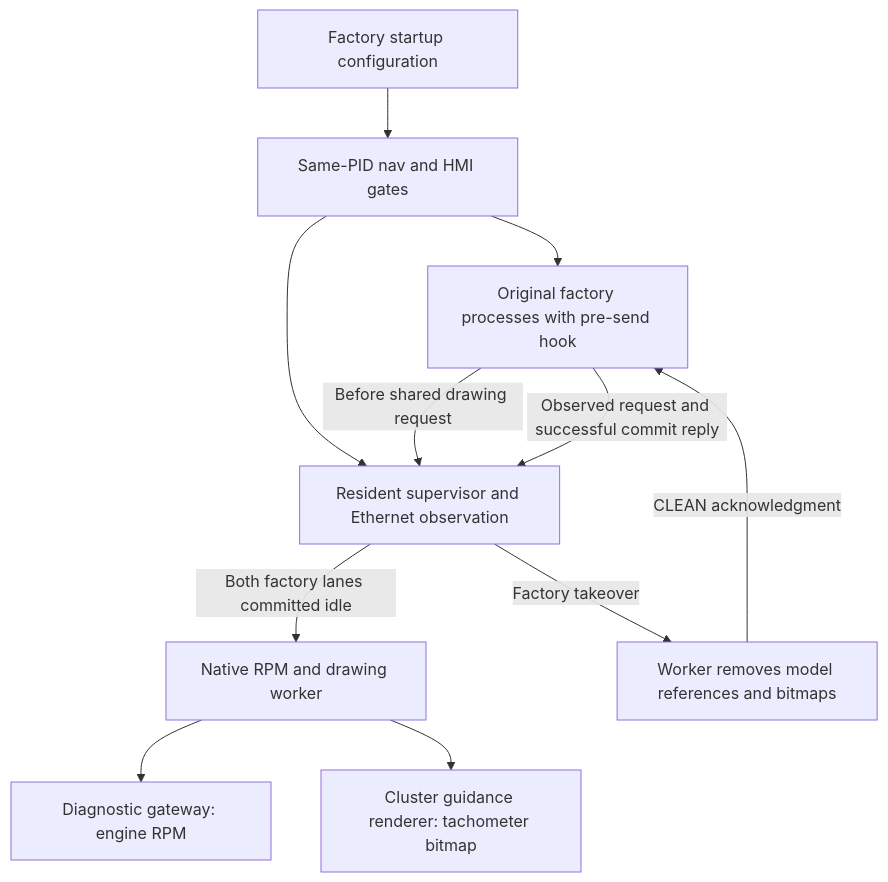
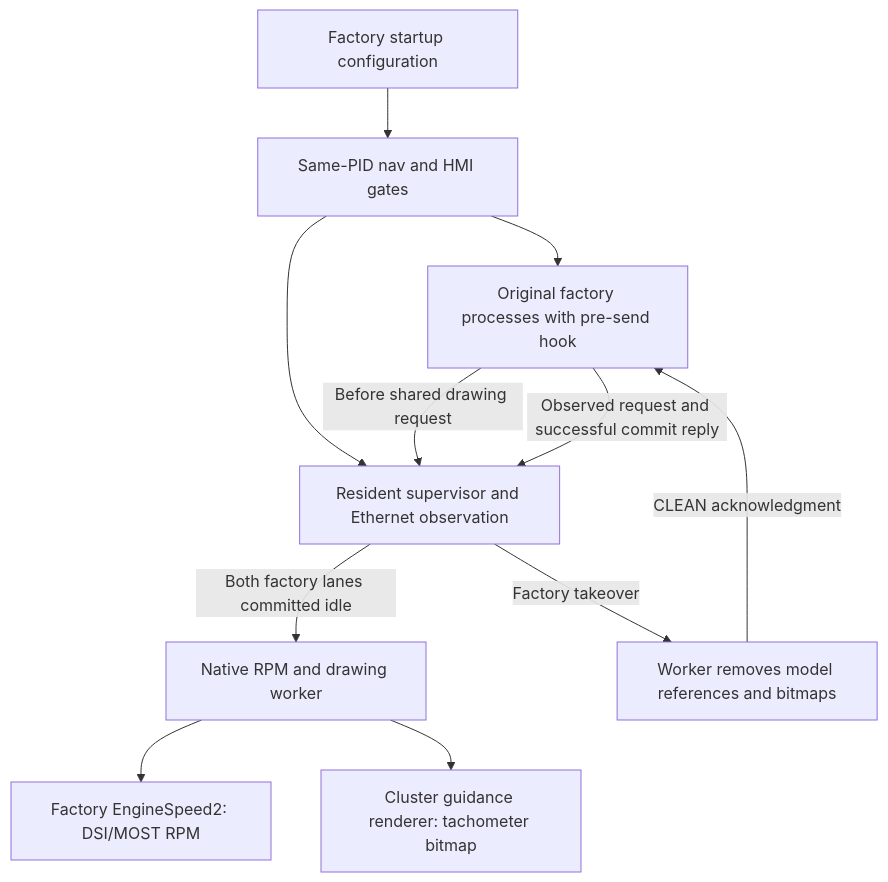
The diagram in docs/APP-ARCHITECTURE.md (bryanmishkin/supra-native-hud), drawn with Mermaid before and after one commit. The commit also changed other lines of this file and 12 other files, not shown here.

````diff
--- a/docs/APP-ARCHITECTURE.md
+++ b/docs/APP-ARCHITECTURE.md
@@ -7,13 +7,13 @@
 ```mermaid
 flowchart TD
     A[Factory startup configuration] --> B[Same-PID nav and HMI gates]
     B --> C[Original factory processes with pre-send hook]
     B --> D[Resident supervisor and Ethernet observation]
     C -->|Before shared drawing request| D
     D -->|Both factory lanes committed idle| E[Native RPM and drawing worker]
-    E --> F[Diagnostic gateway: engine RPM]
+    E --> F[Factory EngineSpeed2: DSI/MOST RPM]
     E --> G[Cluster guidance renderer: tachometer bitmap]
     D -->|Factory takeover| H[Worker removes model references and bitmaps]
     H -->|CLEAN acknowledgment| C
     C -->|Observed request and successful commit reply| D
 ```
````
